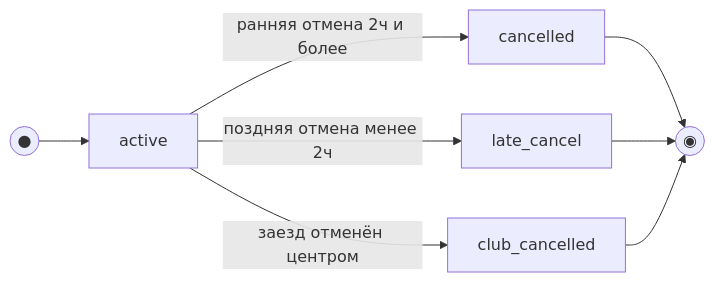
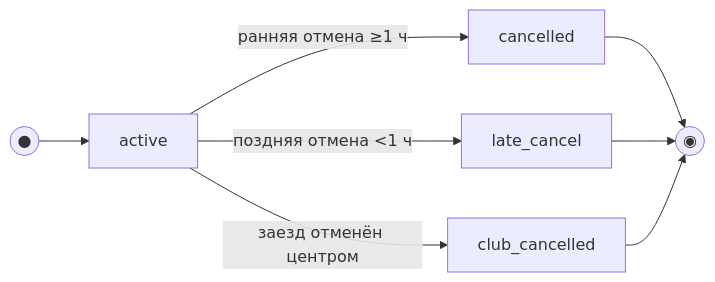
The second of 3 diagrams in 01-analysis/4-design/data-model.md (archybrowwwn/summer-school-karting), drawn with Mermaid before and after one commit. The commit also changed other lines of this file and 54 other files, not shown here.

````diff
--- a/01-analysis/4-design/data-model.md
+++ b/01-analysis/4-design/data-model.md
@@ -156,10 +156,10 @@
 ```mermaid
 flowchart LR
     Start((●)) --> active
-    active -->|ранняя отмена 2ч и более| cancelled
-    active -->|поздняя отмена менее 2ч| late_cancel
+    active -->|ранняя отмена ≥1 ч| cancelled
+    active -->|поздняя отмена <1 ч| late_cancel
     active -->|заезд отменён центром| club_cancelled
     cancelled --> End((◉))
     late_cancel --> End
     club_cancelled --> End
 ```
````
